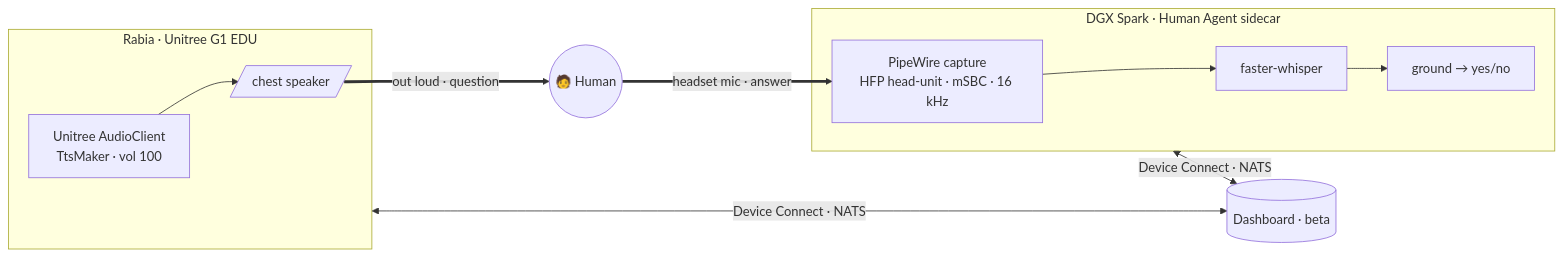
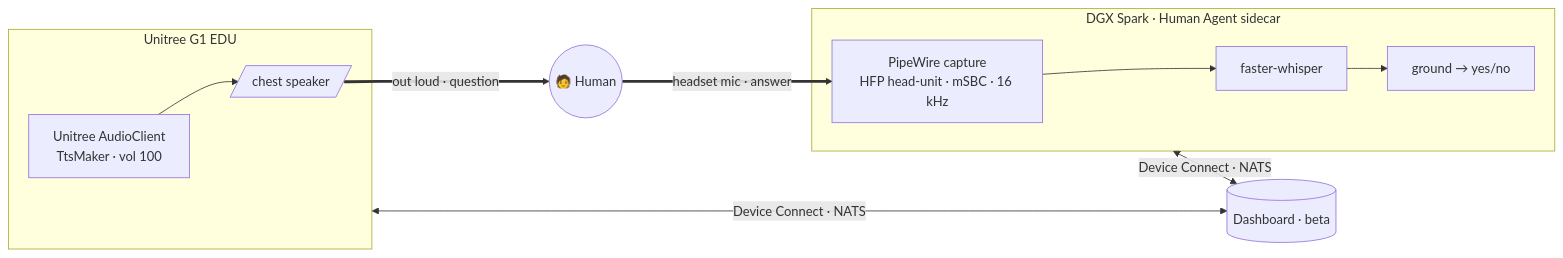
Before and after one commit to armwaheed/robotics-connect: the second of 3 diagrams in human_agent/README.md, drawn with Mermaid. The commit also changed other lines of this file and 6 other files, not shown here.

````diff
--- a/human_agent/README.md
+++ b/human_agent/README.md
@@ -46,14 +46,14 @@
 ```mermaid
 flowchart LR
     H(("🧑 Human"))
-    subgraph R["Rabia · Unitree G1 EDU"]
+    subgraph R["Unitree G1 EDU"]
       AC["Unitree AudioClient<br/>TtsMaker · vol 100"] --> SPK[/"chest speaker"/]
     end
     subgraph S["DGX Spark · Human Agent sidecar"]
       MIC["PipeWire capture<br/>HFP head-unit · mSBC · 16 kHz"] --> ASR["faster-whisper"] --> G["ground → yes/no"]
     end
     SPK == "out loud · question" ==> H
     H == "headset mic · answer" ==> MIC
     R <-->|"Device Connect · NATS"| DASH[("Dashboard · beta")]
     S <-->|"Device Connect · NATS"| DASH
 ```
````
